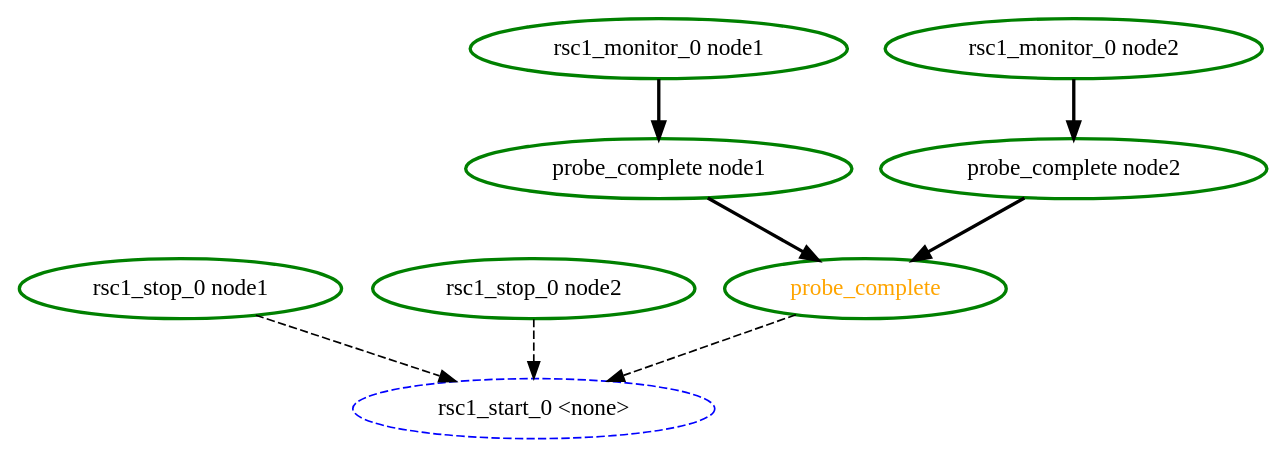
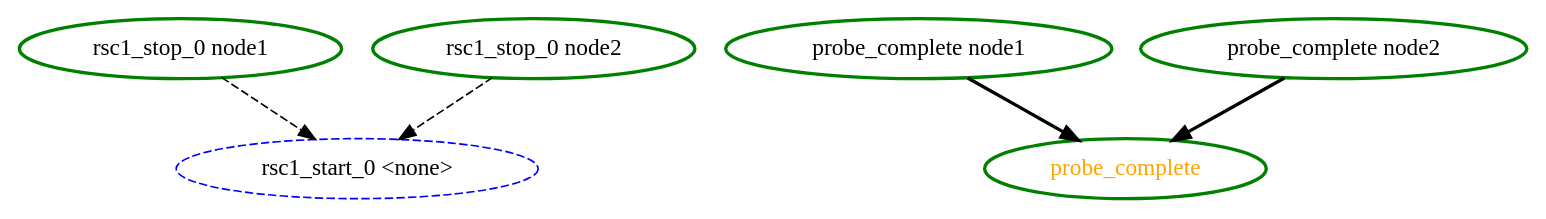
Before and after one commit to richiewen8/heartbeat: the diagram in crm/pengine/testcases/rec-rsc-0.dot, drawn with Graphviz. The commit also changed 20 other files, not shown here.

First line of the commit message:
Fix the ordering of stonith actions for Peter Kruse - stopping partially failed groups before the stonith was creating a loop   in the TE graph Avoid some unnecessary stop actions that made resources look active when   they weren't

```diff
--- a/crm/pengine/testcases/rec-rsc-0.dot
+++ b/crm/pengine/testcases/rec-rsc-0.dot
@@ -1,18 +1,13 @@
 digraph "g" {
 	size = "30,30"
 "rsc1_start_0 <none>" [ style="dashed" color="blue" fontcolor="black" ]
 "rsc1_stop_0 node1" [ style=bold color="green" fontcolor="black" ]
 "rsc1_stop_0 node2" [ style=bold color="green" fontcolor="black" ]
 "probe_complete" [ style=bold color="green" fontcolor="orange" ]
 "probe_complete node1" [ style=bold color="green" fontcolor="black" ]
-"rsc1_monitor_0 node1" [ style=bold color="green" fontcolor="black" ]
 "probe_complete node2" [ style=bold color="green" fontcolor="black" ]
-"rsc1_monitor_0 node2" [ style=bold color="green" fontcolor="black" ]
-"probe_complete" -> "rsc1_start_0 <none>" [ style = dashed]
 "rsc1_stop_0 node1" -> "rsc1_start_0 <none>" [ style = dashed]
 "rsc1_stop_0 node2" -> "rsc1_start_0 <none>" [ style = dashed]
 "probe_complete node1" -> "probe_complete" [ style = bold]
 "probe_complete node2" -> "probe_complete" [ style = bold]
-"rsc1_monitor_0 node1" -> "probe_complete node1" [ style = bold]
-"rsc1_monitor_0 node2" -> "probe_complete node2" [ style = bold]
 }
```
